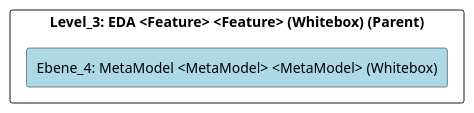
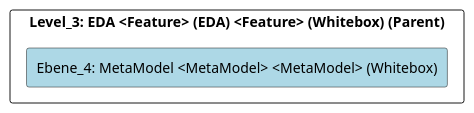
Before and after one commit to marcozwyssig/cleon: the diagram in doc/cleonproject_deliverables_architecture_model_architecture/adoc/de/05_bausteinsicht/cleon/architecture_styles_and_patterns/eda/metamodel/ebene_4_metamodel.adoc, drawn with PlantUML. The commit also changed other lines of this file and 166 other files, not shown here.

```diff
--- a/doc/cleonproject_deliverables_architecture_model_architecture/adoc/de/05_bausteinsicht/cleon/architecture_styles_and_patterns/eda/metamodel/ebene_4_metamodel.adoc
+++ b/doc/cleonproject_deliverables_architecture_model_architecture/adoc/de/05_bausteinsicht/cleon/architecture_styles_and_patterns/eda/metamodel/ebene_4_metamodel.adoc
@@ -21,24 +21,24 @@
 [plantuml, Ebene_4: MetaModel <MetaModel> <MetaModel> (Whitebox)BlockOverview, format="svg"]
 ----
 @startuml Ebene_4: MetaModel <MetaModel> <MetaModel> (Whitebox)BuildingBlockOverview
 
 skinparam ranksep 10
 skinparam componentStyle rectangle
 skinparam shadowing false
 skinparam arrowColor lightblue
 skinparam arrowThickness 1.2
 skinparam rectangle {
   BackgroundColor White
   BorderColor #333
   RoundCorner 10
 }
 top to bottom direction
 
-component "Level_3: EDA <Feature> <Feature> (Whitebox) (Parent)" {
+component "Level_3: EDA <Feature> (EDA) <Feature> (Whitebox) (Parent)" {
     component "Ebene_4: MetaModel <MetaModel> <MetaModel> (Whitebox)" #lightblue {
     }
 
 }
 
 @enduml
 ----
```
